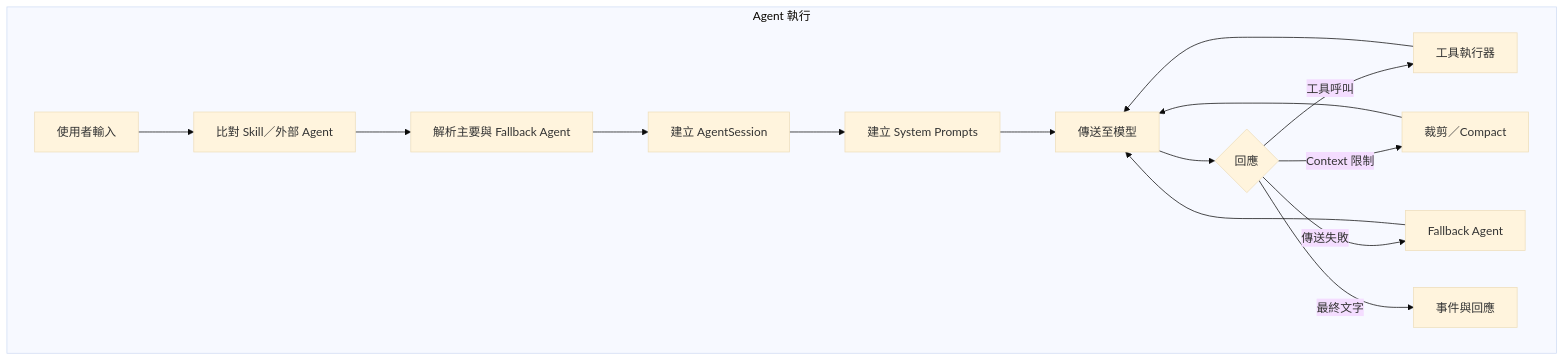
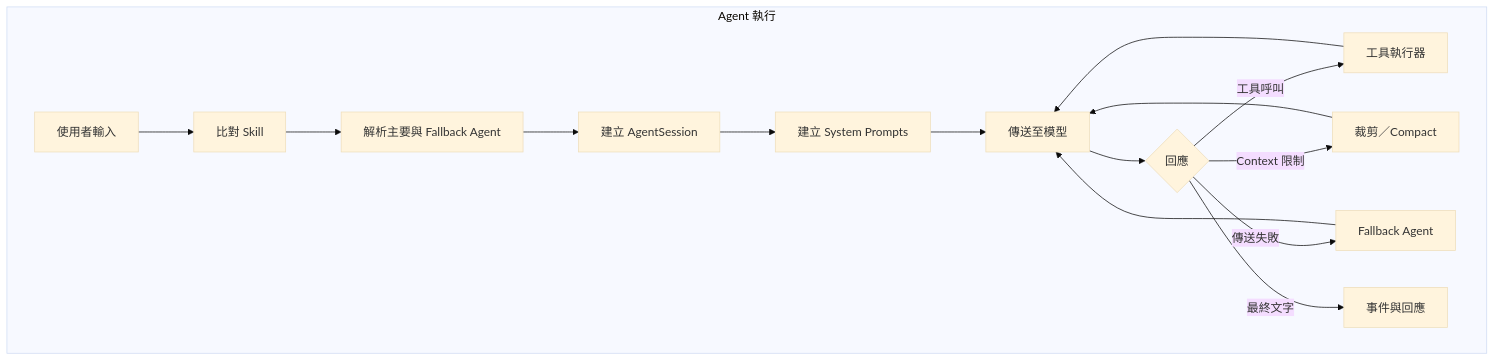
One commit to agenvoy/Agenvoy changed the fourth of 10 diagrams in doc/architecture.zh.md. Above: the diagram before and after it, drawn with Mermaid (base theme). The commit also changed other lines of this file and 25 other files, not shown here.

````diff
--- a/doc/architecture.zh.md
+++ b/doc/architecture.zh.md
@@ -71,18 +71,18 @@
 ```mermaid
 graph TB
     subgraph Execution[Agent 執行]
-        Input[使用者輸入] --> Match[比對 Skill／外部 Agent]
+        Input[使用者輸入] --> Match[比對 Skill]
         Match --> Resolve[解析主要與 Fallback Agent]
         Resolve --> Session[建立 AgentSession]
         Session --> Prompt[建立 System Prompts]
         Prompt --> Send[傳送至模型]
         Send --> Response{回應}
         Response -->|工具呼叫| ToolExec[工具執行器]
         ToolExec --> Send
         Response -->|Context 限制| Trim[裁剪／Compact]
         Trim --> Send
         Response -->|傳送失敗| Fallback[Fallback Agent]
         Fallback --> Send
         Response -->|最終文字| Output[事件與回應]
     end
 ```
````
